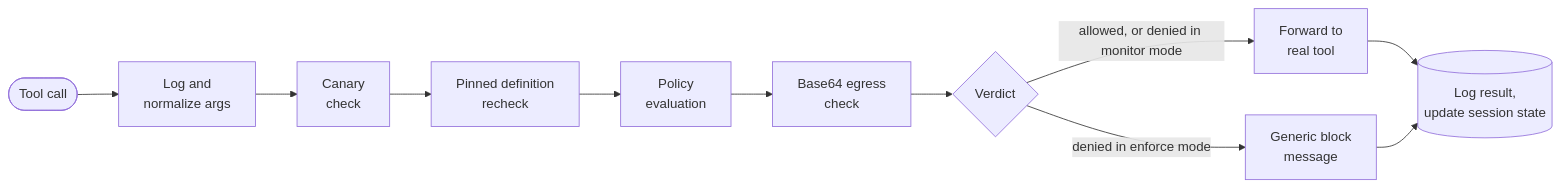
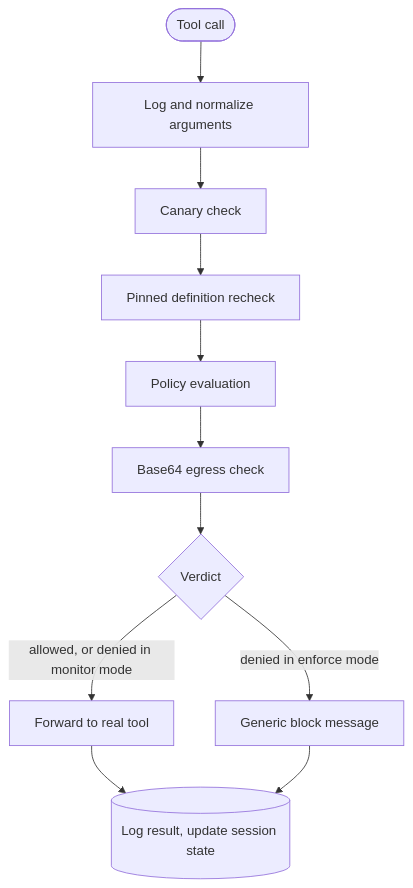
The diagram in README.md (FCortezSecurity/agent-tripwire), drawn with Mermaid before and after one commit. The commit also changed other lines of this file, not shown here.

Commit message:
Fix banner line, shorten quickstart comment, tighten roadmap wording

````diff
--- a/README.md
+++ b/README.md
@@ -64,13 +64,13 @@
 ```mermaid
-flowchart LR
-    A([Tool call]) --> B["Log and<br/>normalize args"]
-    B --> C["Canary<br/>check"]
-    C --> D["Pinned definition<br/>recheck"]
-    D --> E["Policy<br/>evaluation"]
-    E --> F["Base64 egress<br/>check"]
+flowchart TD
+    A([Tool call]) --> B["Log and normalize arguments"]
+    B --> C["Canary check"]
+    C --> D["Pinned definition recheck"]
+    D --> E["Policy evaluation"]
+    E --> F["Base64 egress check"]
     F --> G{Verdict}
-    G -- "allowed, or denied in monitor mode" --> H["Forward to<br/>real tool"]
-    G -- "denied in enforce mode" --> I["Generic block<br/>message"]
-    H --> J[("Log result,<br/>update session state")]
+    G -- "allowed, or denied in monitor mode" --> H["Forward to real tool"]
+    G -- "denied in enforce mode" --> I["Generic block message"]
+    H --> J[("Log result, update session state")]
     I --> J
 ```
````
